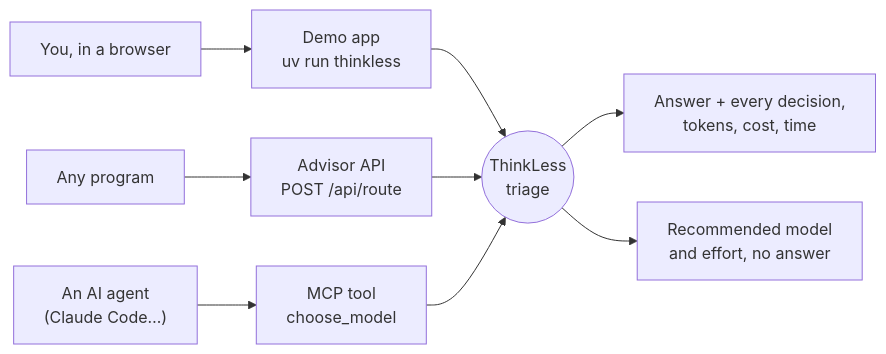
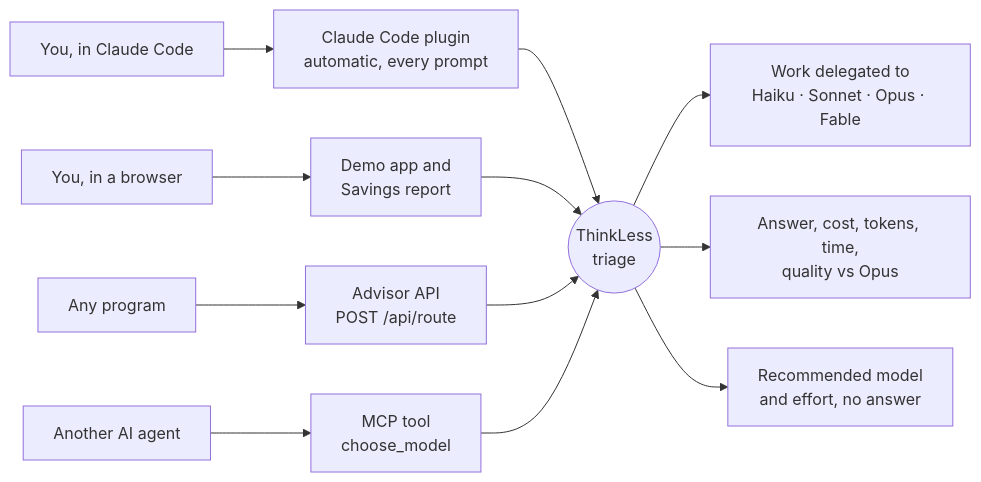
Before and after one commit to JacobRoche123/codejam-2026: the third of 13 diagrams in README.md, drawn with Mermaid. The commit also changed other lines of this file and 3 other files, not shown here.

First line of the commit message:
THINKLESS.md for users, README updated for model names, Fable and reports

````diff
--- a/README.md
+++ b/README.md
@@ -63,11 +66,14 @@
 ```mermaid
 flowchart LR
-    U1["You, in a browser"] --> W["Demo app<br/>uv run thinkless"]
+    U0["You, in Claude Code"] --> P["Claude Code plugin<br/>automatic, every prompt"]
+    U1["You, in a browser"] --> W["Demo app and<br/>Savings report"]
     U2["Any program"] --> R["Advisor API<br/>POST /api/route"]
-    U3["An AI agent<br/>(Claude Code…)"] --> M["MCP tool<br/>choose_model"]
-    W --> T(("ThinkLess<br/>triage"))
+    U3["Another AI agent"] --> M["MCP tool<br/>choose_model"]
+    P --> T(("ThinkLess<br/>triage"))
+    W --> T
     R --> T
     M --> T
-    T --> W2["Answer + every decision,<br/>tokens, cost, time"]
+    T --> P2["Work delegated to<br/>Haiku · Sonnet · Opus · Fable"]
+    T --> W2["Answer, cost, tokens, time,<br/>quality vs Opus"]
     T --> R2["Recommended model<br/>and effort, no answer"]
 ```
````
